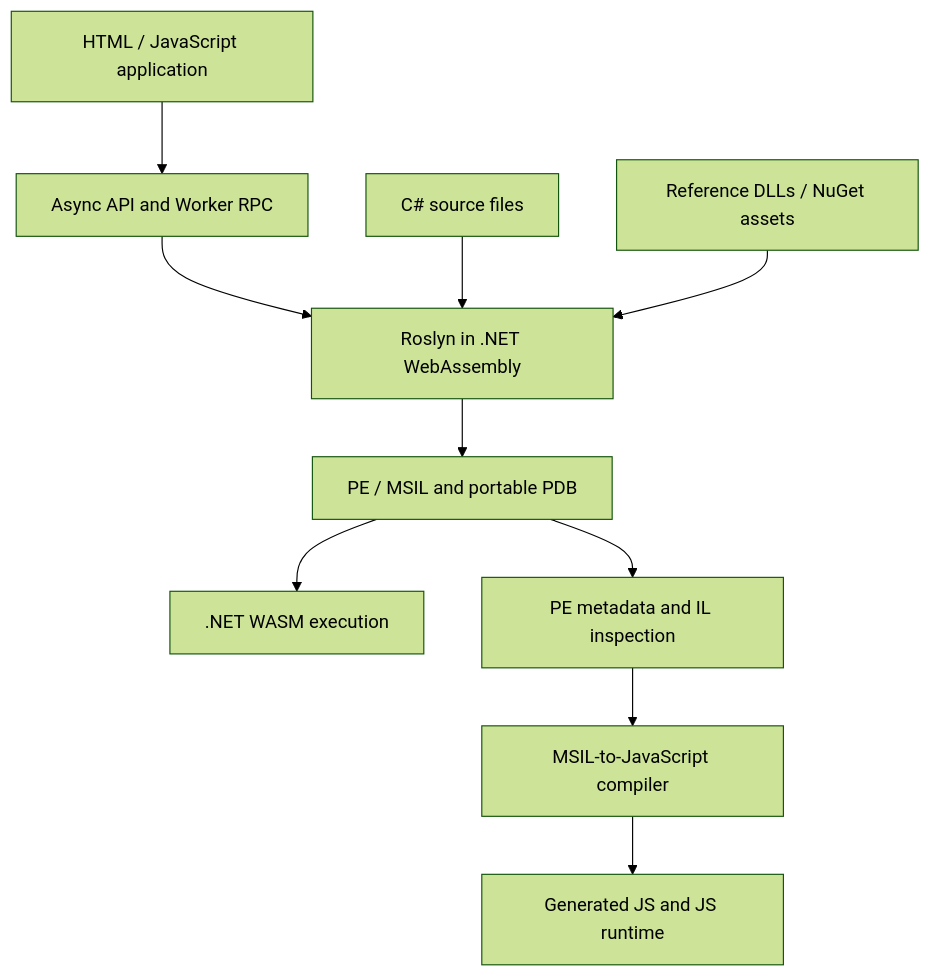
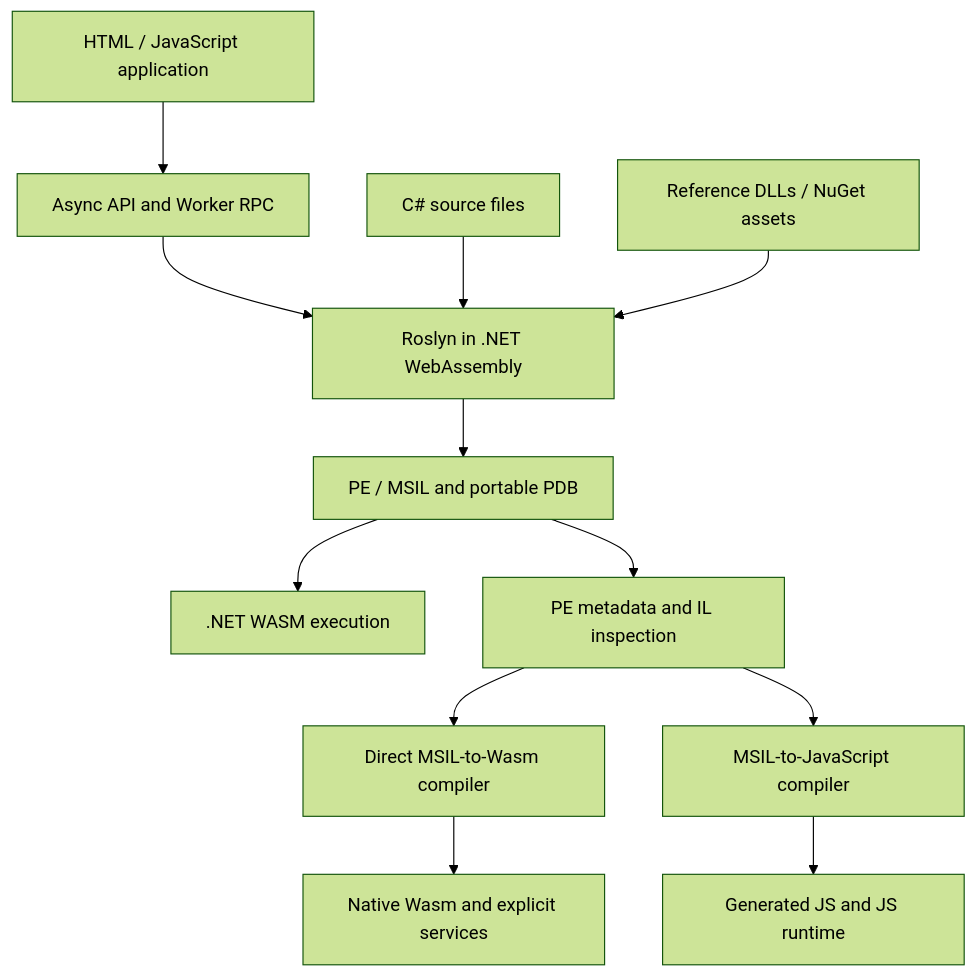
Before and after one commit to wieslawsoltes/RoslynWeb: the diagram in docs/ARCHITECTURE.md, drawn with Mermaid (forest theme). The commit also changed other lines of this file and 49 other files, not shown here.

````diff
--- a/docs/ARCHITECTURE.md
+++ b/docs/ARCHITECTURE.md
@@ -5,12 +5,14 @@
 ```mermaid
 flowchart TD
     A["HTML / JavaScript application"] --> B["Async API and Worker RPC"]
     B --> C["Roslyn in .NET WebAssembly"]
     D["C# source files"] --> C
     E["Reference DLLs / NuGet assets"] --> C
     C --> F["PE / MSIL and portable PDB"]
     F --> G[".NET WASM execution"]
     F --> H["PE metadata and IL inspection"]
+    H --> K["Direct MSIL-to-Wasm compiler"]
+    K --> L["Native Wasm and explicit services"]
     H --> I["MSIL-to-JavaScript compiler"]
     I --> J["Generated JS and JS runtime"]
 ```
````
